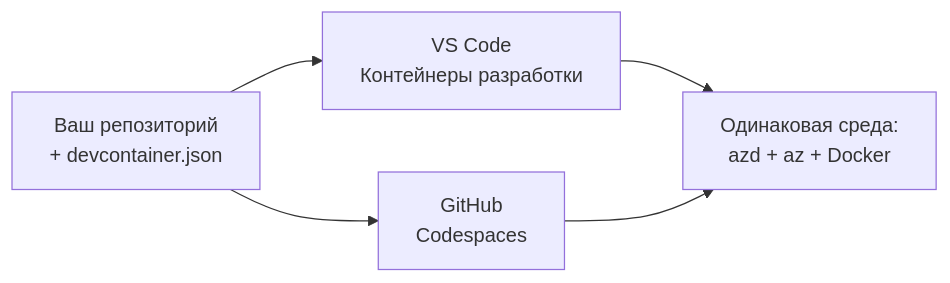
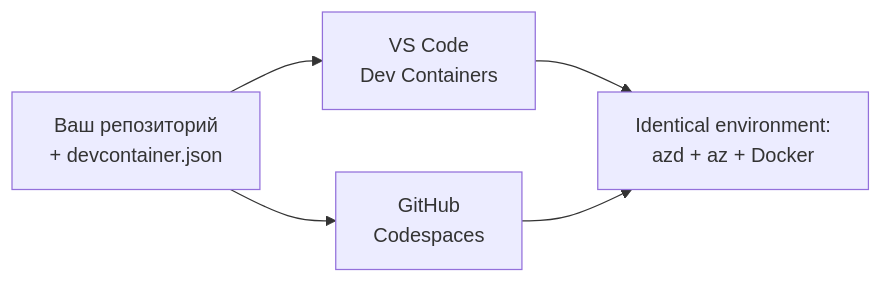
One commit to microsoft/AZD-for-beginners changed the diagram in translations/ru/docs/chapter-01-foundation/dev-containers.md. Above: the diagram before and after it, drawn with Mermaid. The commit also changed other lines of this file and 59 other files, not shown here.

````diff
--- a/translations/ru/docs/chapter-01-foundation/dev-containers.md
+++ b/translations/ru/docs/chapter-01-foundation/dev-containers.md
@@ -41,7 +41,7 @@
 ```mermaid
 graph LR
-    Repo[Ваш репозиторий<br/>+ devcontainer.json] --> VSCode[VS Code<br/>Контейнеры разработки]
+    Repo[Ваш репозиторий<br/>+ devcontainer.json] --> VSCode[VS Code<br/>Dev Containers]
     Repo --> Codespaces[GitHub<br/>Codespaces]
-    VSCode --> Env[Одинаковая среда:<br/>azd + az + Docker]
+    VSCode --> Env[Identical environment:<br/>azd + az + Docker]
     Codespaces --> Env
 ```
````
